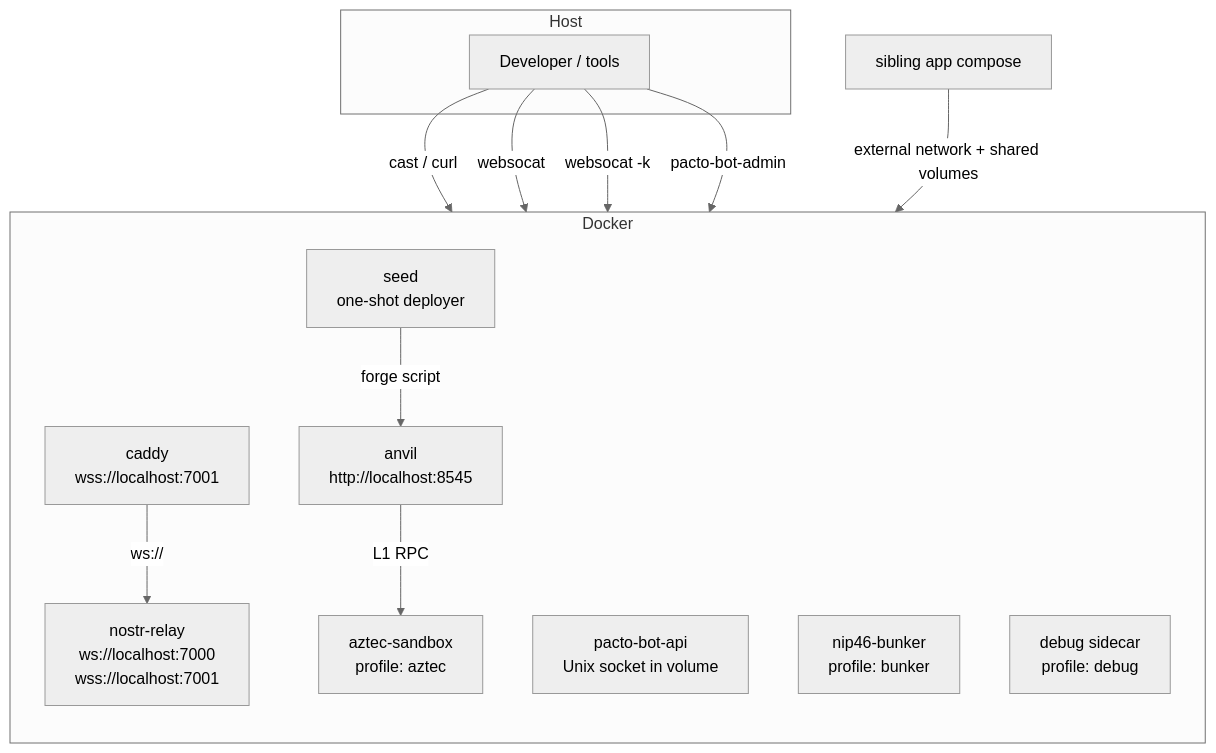
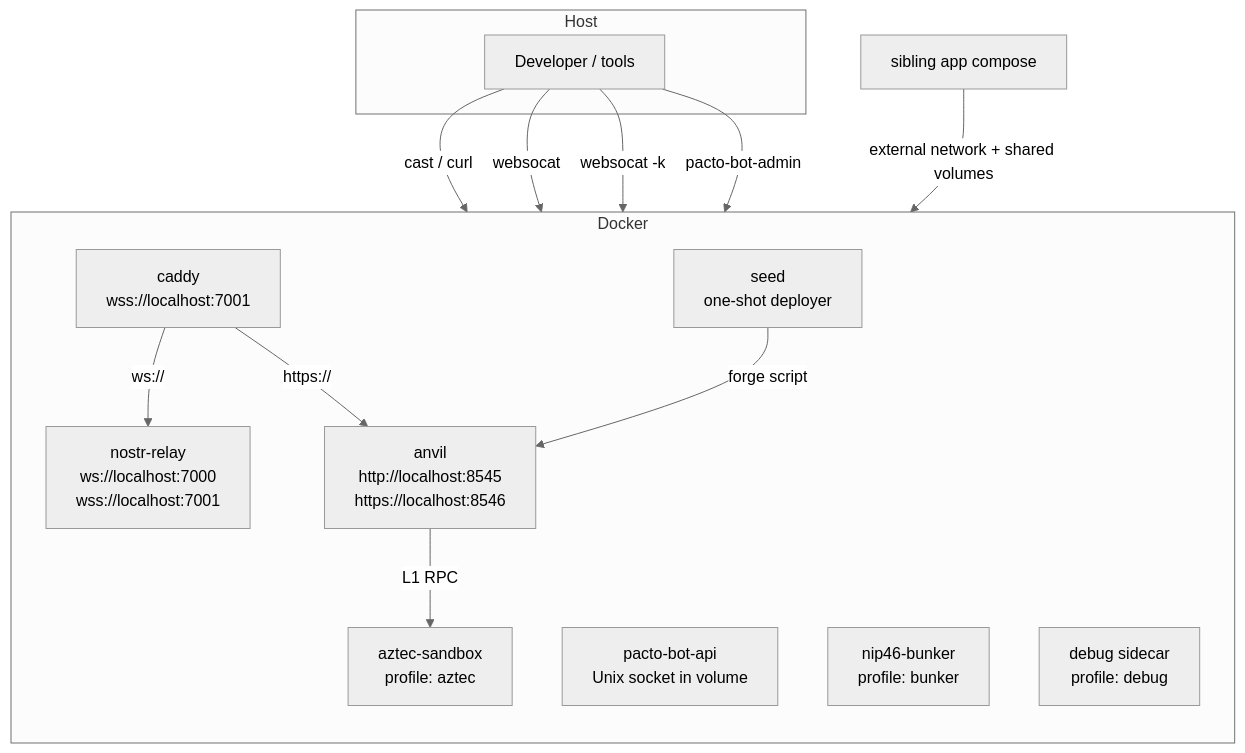
One commit to covenant-gov/pacto-dev-env changed the diagram in ARCHITECTURE.md. Above: the diagram before and after it, drawn with Mermaid (neutral theme). The commit also changed other lines of this file and 6 other files, not shown here.

First line of the commit message:
feat: expose Anvil EVM RPC over HTTPS via Caddy

````diff
--- a/ARCHITECTURE.md
+++ b/ARCHITECTURE.md
@@ -26,27 +26,28 @@
 ```mermaid
 graph TD
     subgraph Host
       User[Developer / tools]
     end
 
     subgraph Docker
       direction TB
       Relay[nostr-relay<br/>ws://localhost:7000<br/>wss://localhost:7001]
       Caddy[caddy<br/>wss://localhost:7001]
-      Anvil[anvil<br/>http://localhost:8545]
+      Anvil[anvil<br/>http://localhost:8545<br/>https://localhost:8546]
       Daemon[pacto-bot-api<br/>Unix socket in volume]
       Seed[seed<br/>one-shot deployer]
       Aztec[aztec-sandbox<br/>profile: aztec]
       Bunker[nip46-bunker<br/>profile: bunker]
       Debug[debug sidecar<br/>profile: debug]
     end
 
     User -->|cast / curl| Anvil
     User -->|websocat| Relay
     User -->|websocat -k| Caddy
     User -->|pacto-bot-admin| Daemon
     Anvil -->|L1 RPC| Aztec
     Seed -->|forge script| Anvil
     Caddy -->|ws://| Relay
+    Caddy -->|https://| Anvil
     AppCompose[sibling app compose] -->|external network + shared volumes| Docker
 ```
````
